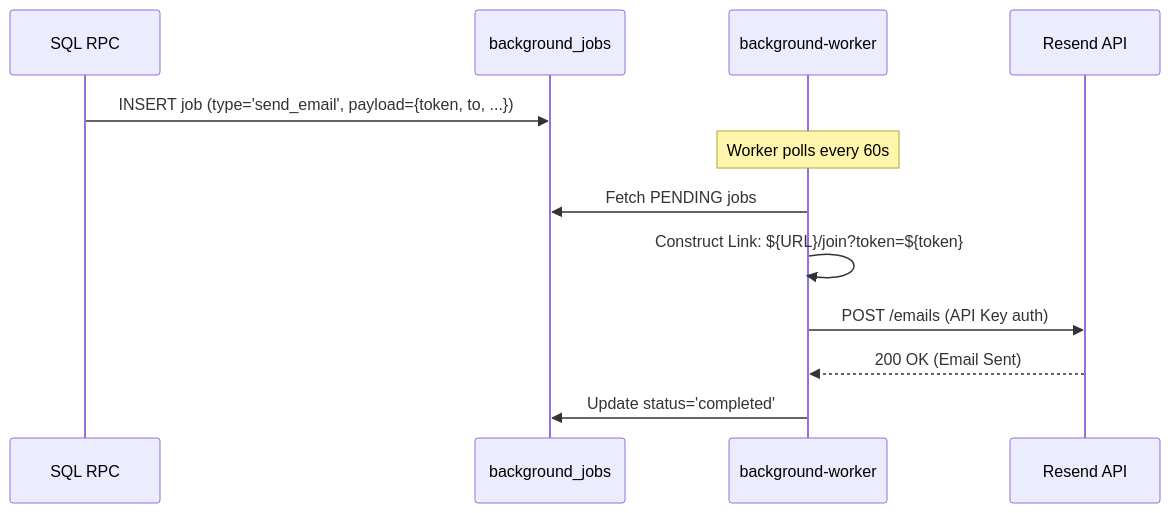
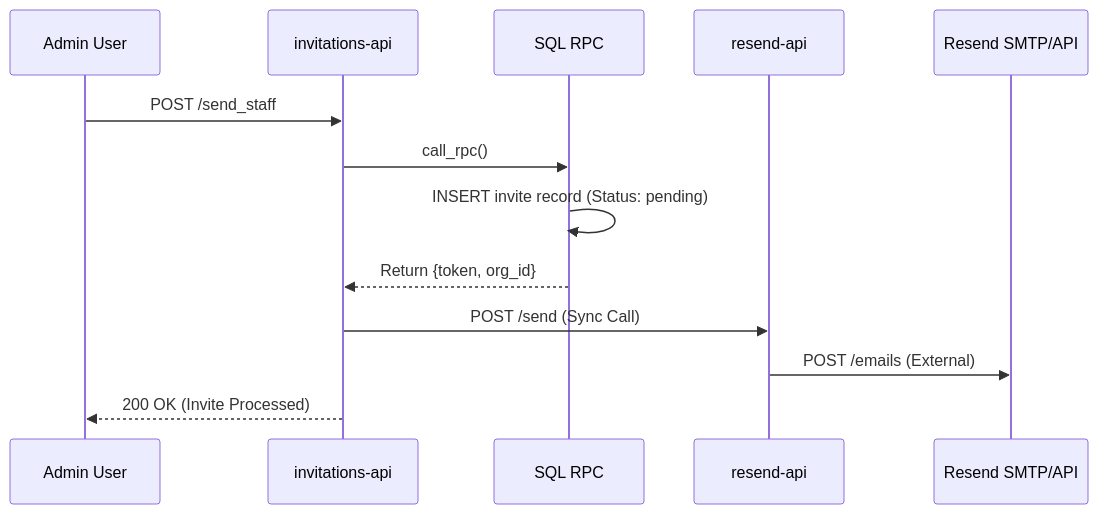
The diagram in space.inc/Work.md (Kingofinfinity0/Space.Inc), drawn with Mermaid before and after one commit. The commit also changed other lines of this file and 6 other files, not shown here.

Commit message:
feat: implement Vercel Web Analytics and add sync-direct dispatch for Resend

````diff
--- a/space.inc/Work.md
+++ b/space.inc/Work.md
@@ -55,15 +5,16 @@
 ```mermaid
 sequenceDiagram
+    participant User as Admin User
+    participant Inv as invitations-api
     participant SQL as SQL RPC
-    participant DB as background_jobs
-    participant W as background-worker
-    participant RE as Resend API
+    participant Res as resend-api
+    participant RE as Resend SMTP/API
 
-    SQL->>DB: INSERT job (type='send_email', payload={token, to, ...})
-    Note over W: Worker polls every 60s
-    W->>DB: Fetch PENDING jobs
-    W->>W: Construct Link: ${URL}/join?token=${token}
-    W->>RE: POST /emails (API Key auth)
-    RE-->>W: 200 OK (Email Sent)
-    W->>DB: Update status='completed'
+    User->>Inv: POST /send_staff
+    Inv->>SQL: call_rpc()
+    SQL->>SQL: INSERT invite record (Status: pending)
+    SQL-->>Inv: Return {token, org_id}
+    Inv->>Res: POST /send (Sync Call)
+    Res->>RE: POST /emails (External)
+    Inv-->>User: 200 OK (Invite Processed)
 ```
````
